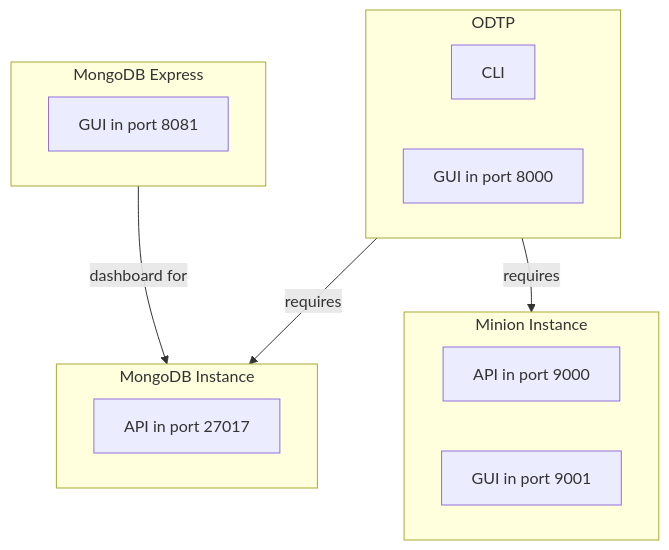
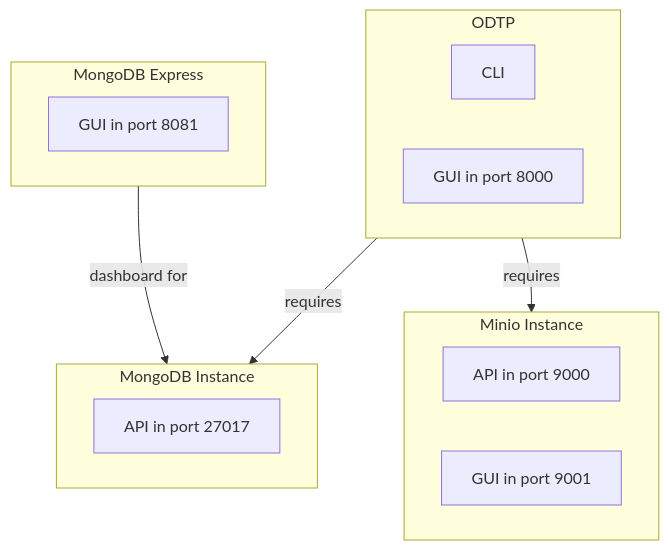
One commit to odtp-org/odtp-manuals changed the diagram in docs/installation/odtp-installation.md. Above: the diagram before and after it, drawn with Mermaid. The commit also changed other lines of this file and 2 other files, not shown here.

Commit message:
choire(installation): adapt docs to the changed installation
the installation of odtp with docker compose has been simplified
Therefore the docs for it needed adaptation

````diff
--- a/docs/installation/odtp-installation.md
+++ b/docs/installation/odtp-installation.md
@@ -7,21 +10,20 @@
 ``` mermaid
 graph TD;
     subgraph ODTP
     CLI[CLI]
     GUI[GUI in port 8000]
     end
     ODTP -->|requires| MongoDBInstance
-    ODTP -->|requires| MinionInstance
+    ODTP -->|requires| MinioInstance
     subgraph MongoDBInstance[MongoDB Instance]
     MongoDB[API in port 27017]
     end
     subgraph MongoDBExpress[MongoDB Express]
     MDBEGUI[GUI in port 8081]
     end
-    subgraph MinionInstance[Minion Instance]
-    MinionAPI[API in port 9000]
-    MinionGUI[GUI in port 9001]
+    subgraph MinioInstance[Minio Instance]
+    MinioAPI[API in port 9000]
+    MinioGUI[GUI in port 9001]
     end
     MongoDBExpress -->|dashboard for| MongoDBInstance
-    
 ``` 
````
